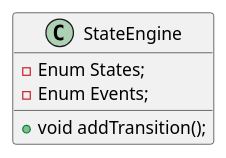
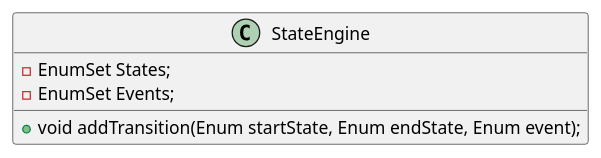
One commit to mdgriffin/Design-Patterns changed the diagram in class_diagram.pu. Above: the diagram before and after it, drawn with PlantUML. The commit also changed 2 other files, not shown here.

Commit message:
Changes states and events properties from enum to enumset

```diff
--- a/class_diagram.pu
+++ b/class_diagram.pu
@@ -1,7 +1,7 @@
 @startuml
 Class StateEngine {
-    -Enum States;
-    -Enum Events;
-    +void addTransition();
+    -EnumSet States;
+    -EnumSet Events;
+    +void addTransition(Enum startState, Enum endState, Enum event);
 }
 @enduml
```
